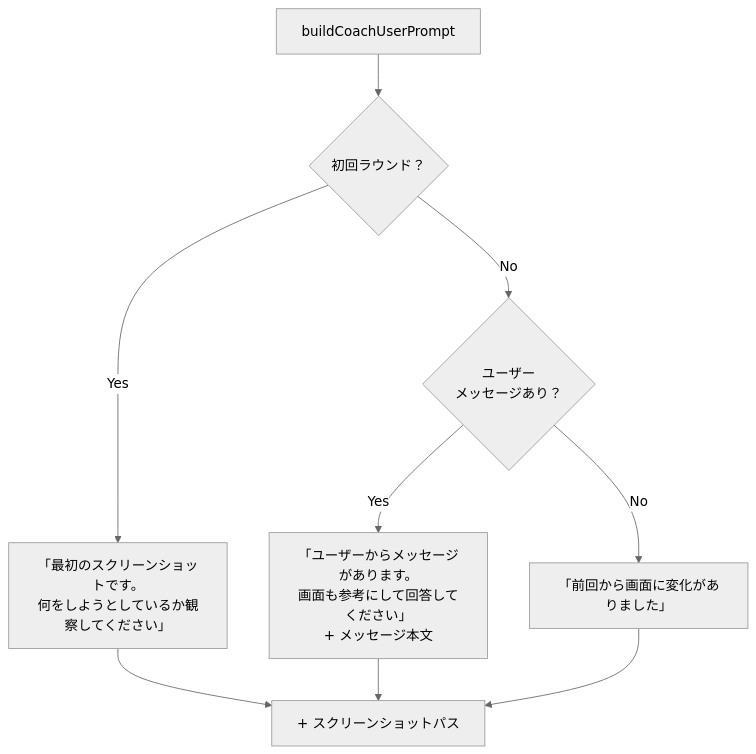
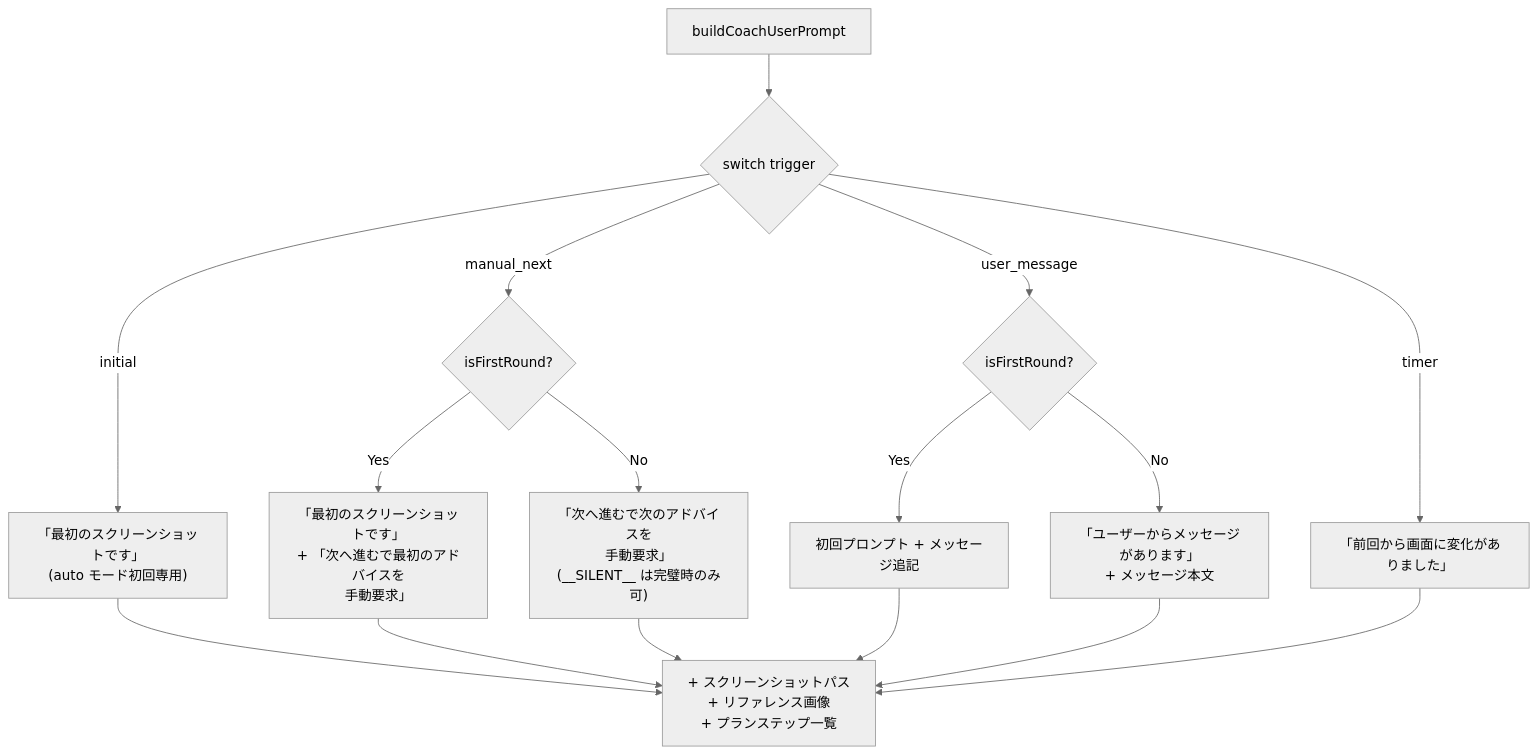
Before and after one commit to yukaorange/dcc_suport: diagram 13 of 30 in docs/architecture.md, drawn with Mermaid (neutral theme). The commit also changed other lines of this file and 1 other file, not shown here.

Commit message:
chore(docs): アーキテクチャ図とクライアント用リーディングガイドの更新

````diff
--- a/docs/architecture.md
+++ b/docs/architecture.md
@@ -352,14 +382,22 @@
 ```mermaid
 flowchart TD
-    BuildPrompt[buildCoachUserPrompt] --> IsFirst{初回ラウンド？}
+    BuildPrompt[buildCoachUserPrompt] --> Switch{switch trigger}
 
-    IsFirst -->|Yes| FirstPrompt["「最初のスクリーンショットです。<br>何をしようとしているか観察してください」"]
-    IsFirst -->|No| HasMsg{ユーザー<br>メッセージあり？}
+    Switch -->|initial| InitPrompt["「最初のスクリーンショットです」<br>(auto モード初回専用)"]
+    Switch -->|manual_next| MN{isFirstRound?}
+    Switch -->|user_message| UM{isFirstRound?}
+    Switch -->|timer| TimerPrompt["「前回から画面に変化がありました」"]
 
-    HasMsg -->|Yes| MsgPrompt["「ユーザーからメッセージがあります。<br>画面も参考にして回答してください」<br>+ メッセージ本文"]
-    HasMsg -->|No| DiffPrompt["「前回から画面に変化がありました」"]
+    MN -->|Yes| MN1["「最初のスクリーンショットです」<br>+ 「次へ進むで最初のアドバイスを<br>手動要求」"]
+    MN -->|No| MN2["「次へ進むで次のアドバイスを<br>手動要求」<br>(__SILENT__ は完璧時のみ可)"]
 
-    FirstPrompt --> Attach[+ スクリーンショットパス]
-    MsgPrompt --> Attach
-    DiffPrompt --> Attach
+    UM -->|Yes| UM1["初回プロンプト + メッセージ追記"]
+    UM -->|No| UM2["「ユーザーからメッセージがあります」<br>+ メッセージ本文"]
+
+    InitPrompt --> Attach[+ スクリーンショットパス<br>+ リファレンス画像<br>+ プランステップ一覧]
+    MN1 --> Attach
+    MN2 --> Attach
+    UM1 --> Attach
+    UM2 --> Attach
+    TimerPrompt --> Attach
 ```
````
